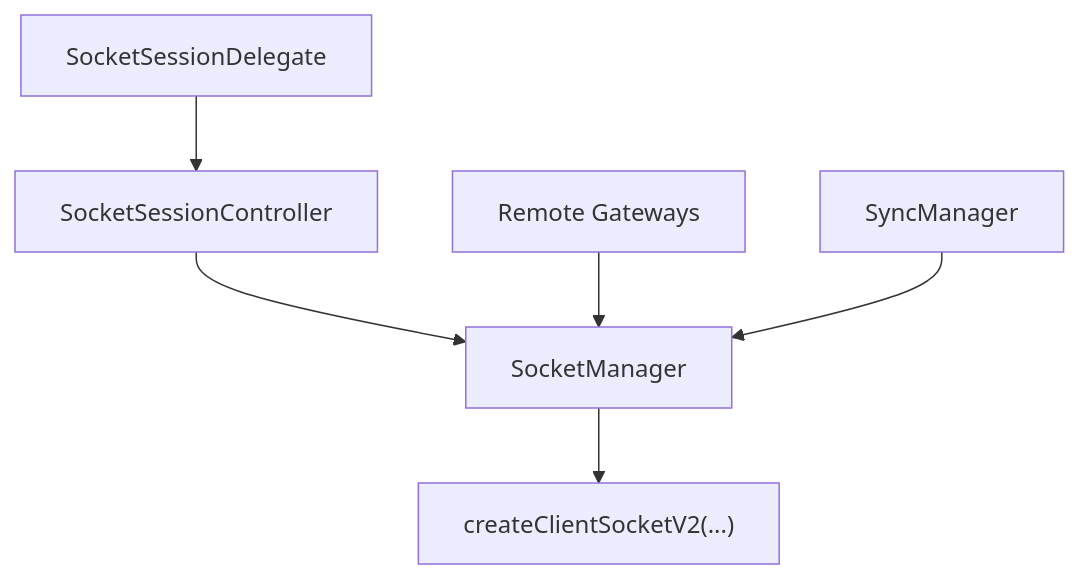
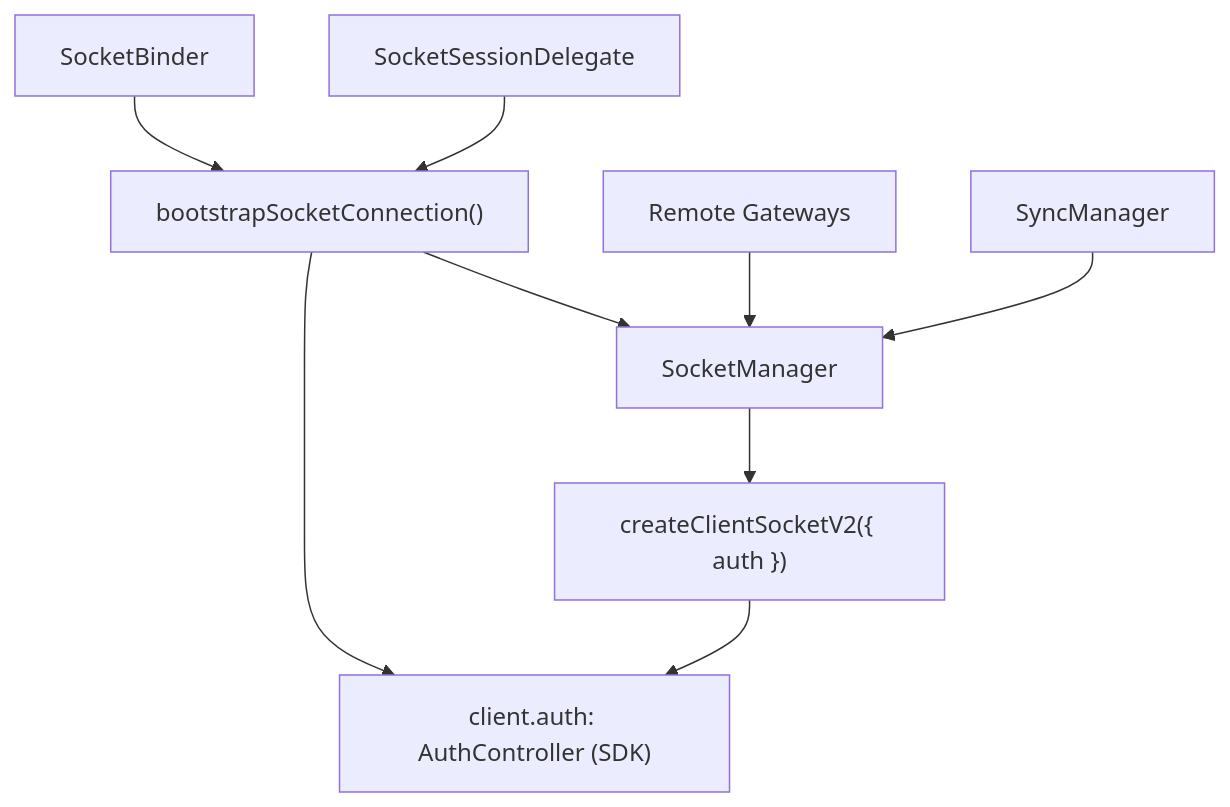
One commit to lemoncloud-io/dou-app changed the diagram in libs/app-runtime/docs/socket/README.md. Above: the diagram before and after it, drawn with Mermaid. The commit also changed other lines of this file and 11 other files, not shown here.

First line of the commit message:
docs(auth): document SDK AuthController adoption and architecture

````diff
--- a/libs/app-runtime/docs/socket/README.md
+++ b/libs/app-runtime/docs/socket/README.md
@@ -17,8 +19,11 @@
 ```mermaid
 flowchart TD
-  Delegate["SocketSessionDelegate"] --> Controller["SocketSessionController"]
-  Controller --> Manager["SocketManager"]
-  Manager --> Client["createClientSocketV2(...)"]
+  Binder["SocketBinder"] --> Bootstrap["bootstrapSocketConnection()"]
+  Delegate["SocketSessionDelegate"] --> Bootstrap
+  Bootstrap --> Manager["SocketManager"]
+  Bootstrap --> Auth["client.auth: AuthController (SDK)"]
+  Manager --> Client["createClientSocketV2({ auth })"]
+  Client --> Auth
   Gateways["Remote Gateways"] --> Manager
   Sync["SyncManager"] --> Manager
 ```
````
